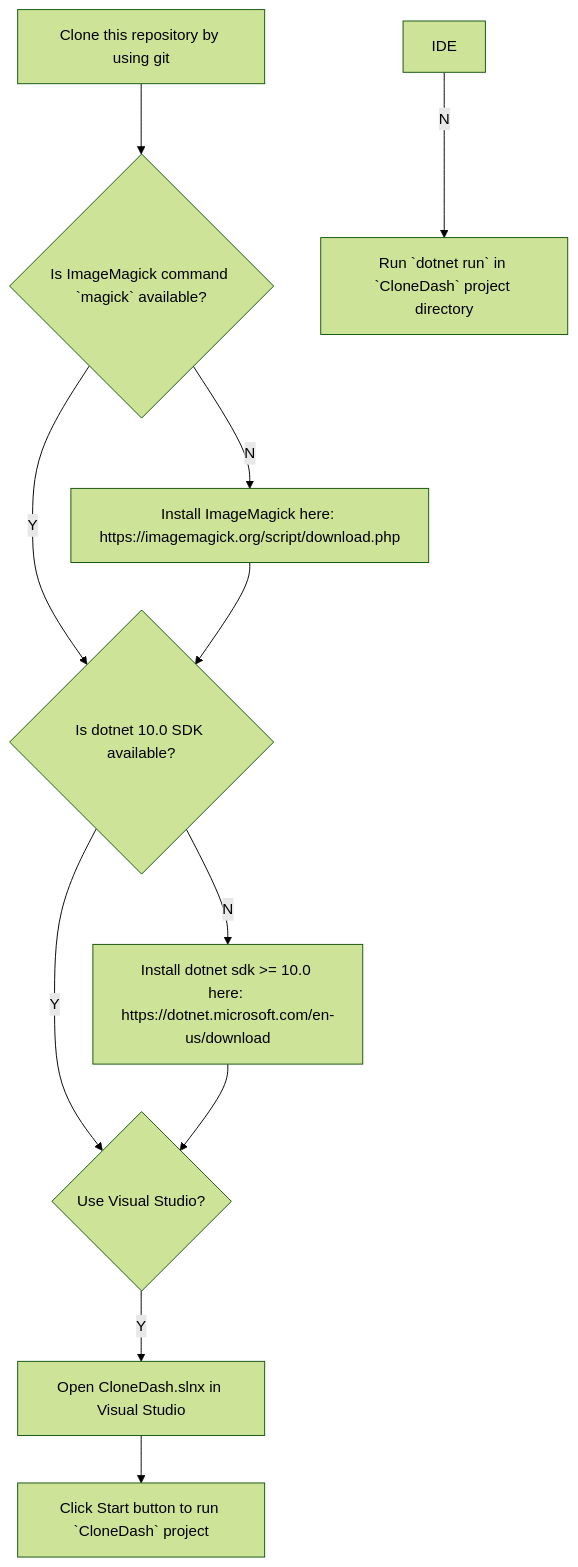
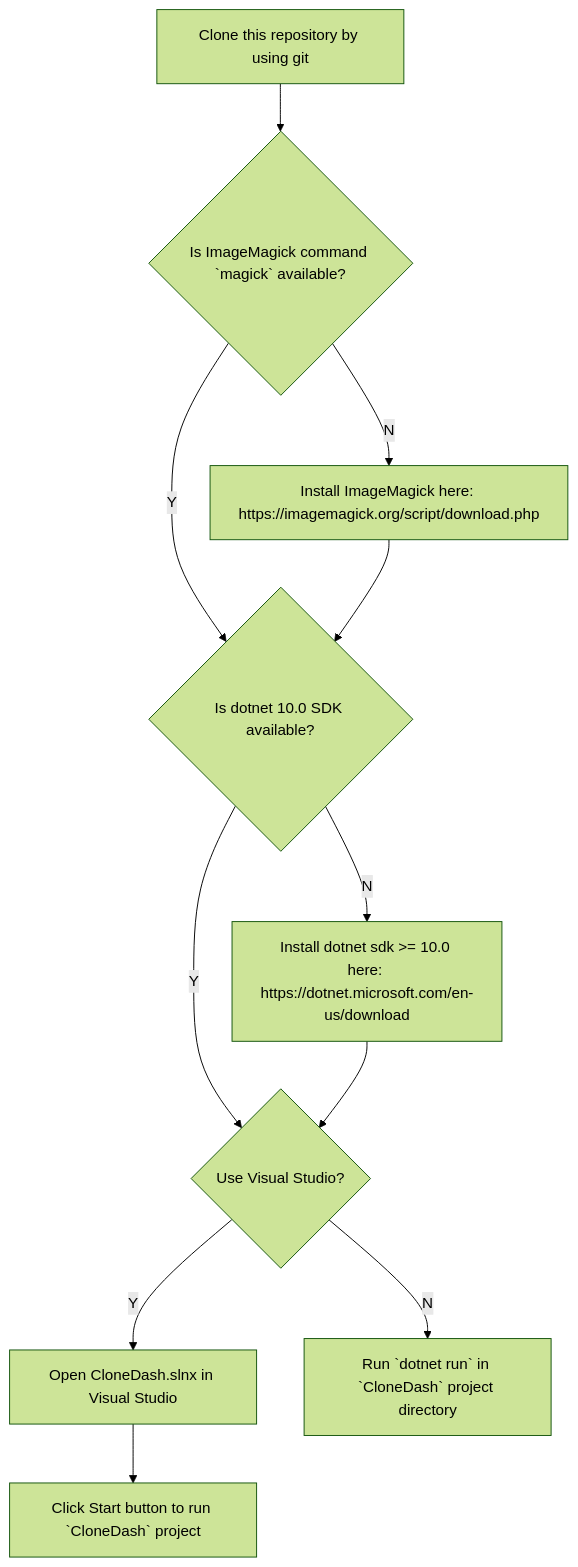
One commit to arenekosreal/CloneDash.DI changed the diagram in README.md. Above: the diagram before and after it, drawn with Mermaid (forest theme).

Commit message:
Fix development steps flowchart

````diff
--- a/README.md
+++ b/README.md
@@ -53,14 +53,14 @@
 ```mermaid
 flowchart TD
     CLONE[Clone this repository by using git]
     CLONE --> IM{Is ImageMagick command `magick` available?}
     IM -- Y --> SDK{Is dotnet 10.0 SDK available?}
     IM -- N --> INSTALLIM[Install ImageMagick here: https://imagemagick.org/script/download.php]
     INSTALLIM --> SDK
     SDK -- Y --> VS{Use Visual Studio?}
     SDK -- N --> DOTNET[Install dotnet sdk >= 10.0 here: https://dotnet.microsoft.com/en-us/download]
     DOTNET --> VS
     VS -- Y --> IMPORT[Open CloneDash.slnx in Visual Studio]
     IMPORT --> RUNVS[Click Start button to run `CloneDash` project]
-    IDE -- N --> RUNCLI[Run `dotnet run` in `CloneDash` project directory]
+    VS -- N --> RUNCLI[Run `dotnet run` in `CloneDash` project directory]
 ```
````
